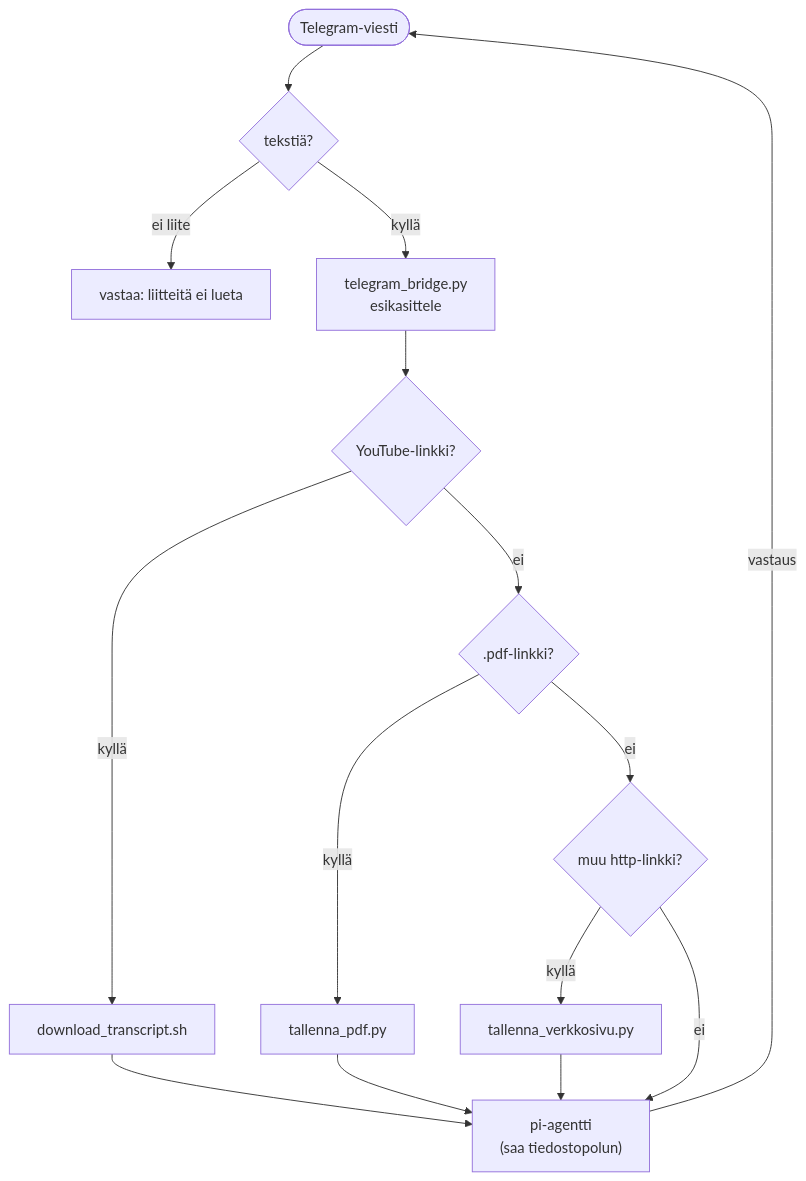
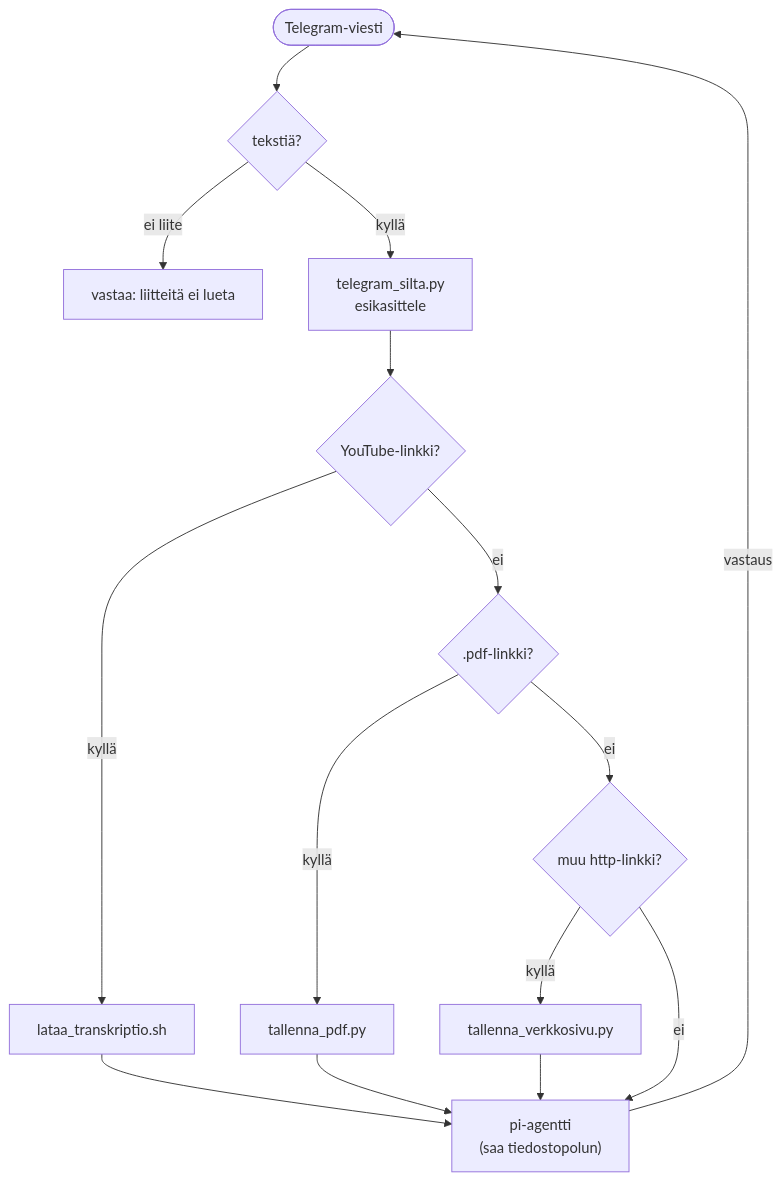
The diagram in scripts/telegram/README.md (atonusgit/mactonus), drawn with Mermaid before and after one commit. The commit also changed 51 other files, not shown here.

````diff
--- a/scripts/telegram/README.md
+++ b/scripts/telegram/README.md
@@ -5,17 +5,17 @@
 ```mermaid
 flowchart TB
     Msg([Telegram-viesti]) --> T{tekstiä?}
     T -->|ei liite| NO["vastaa: liitteitä ei lueta"]
-    T -->|kyllä| B["telegram_bridge.py<br/>esikasittele"]
+    T -->|kyllä| B["telegram_silta.py<br/>esikasittele"]
     B --> Y{YouTube-linkki?}
-    Y -->|kyllä| YT["download_transcript.sh"]
+    Y -->|kyllä| YT["lataa_transkriptio.sh"]
     Y -->|ei| P{.pdf-linkki?}
     P -->|kyllä| PD["tallenna_pdf.py"]
     P -->|ei| W{muu http-linkki?}
     W -->|kyllä| WS["tallenna_verkkosivu.py"]
     W -->|ei| PI
     YT --> PI["pi-agentti<br/>(saa tiedostopolun)"]
     PD --> PI
     WS --> PI
     PI -->|vastaus| Msg
 ```
````
